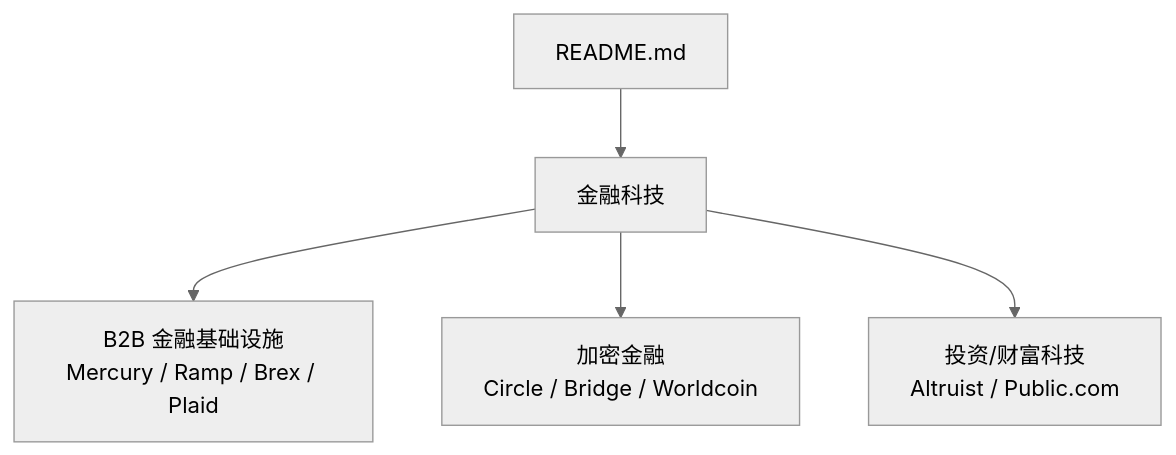
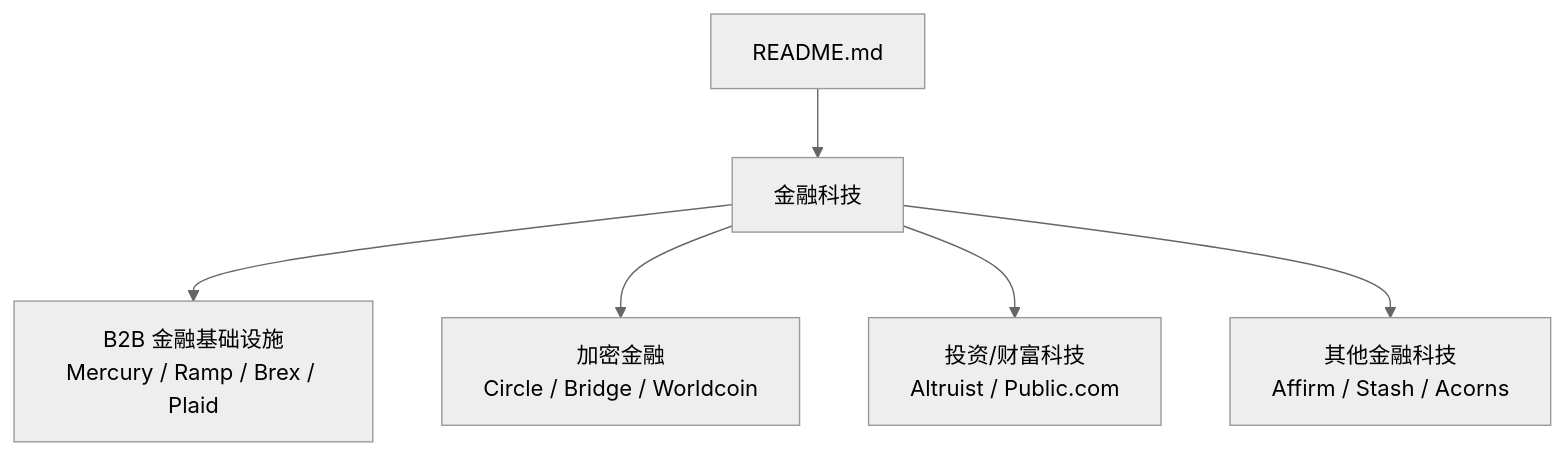
The first of 6 diagrams in .qoder/repowiki/zh/content/金融科技/金融科技.md (allengaller/awesome-startups), drawn with Mermaid (neutral theme) before and after one commit. The commit also changed other lines of this file and 20 other files, not shown here.

````diff
--- a/.qoder/repowiki/zh/content/金融科技/金融科技.md
+++ b/.qoder/repowiki/zh/content/金融科技/金融科技.md
@@ -26,7 +36,8 @@
 ```mermaid
 graph TB
 A["README.md"] --> B["金融科技"]
 B --> C["B2B 金融基础设施<br/>Mercury / Ramp / Brex / Plaid"]
 B --> D["加密金融<br/>Circle / Bridge / Worldcoin"]
 B --> E["投资/财富科技<br/>Altruist / Public.com"]
+B --> F["其他金融科技<br/>Affirm / Stash / Acorns"]
 ```
````
